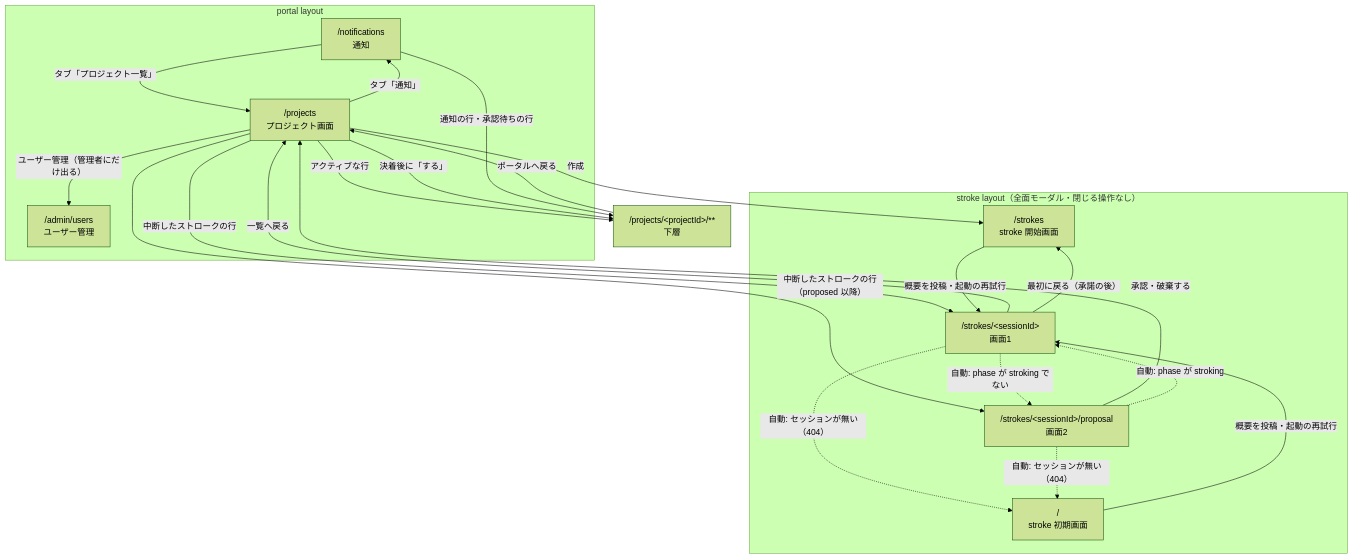
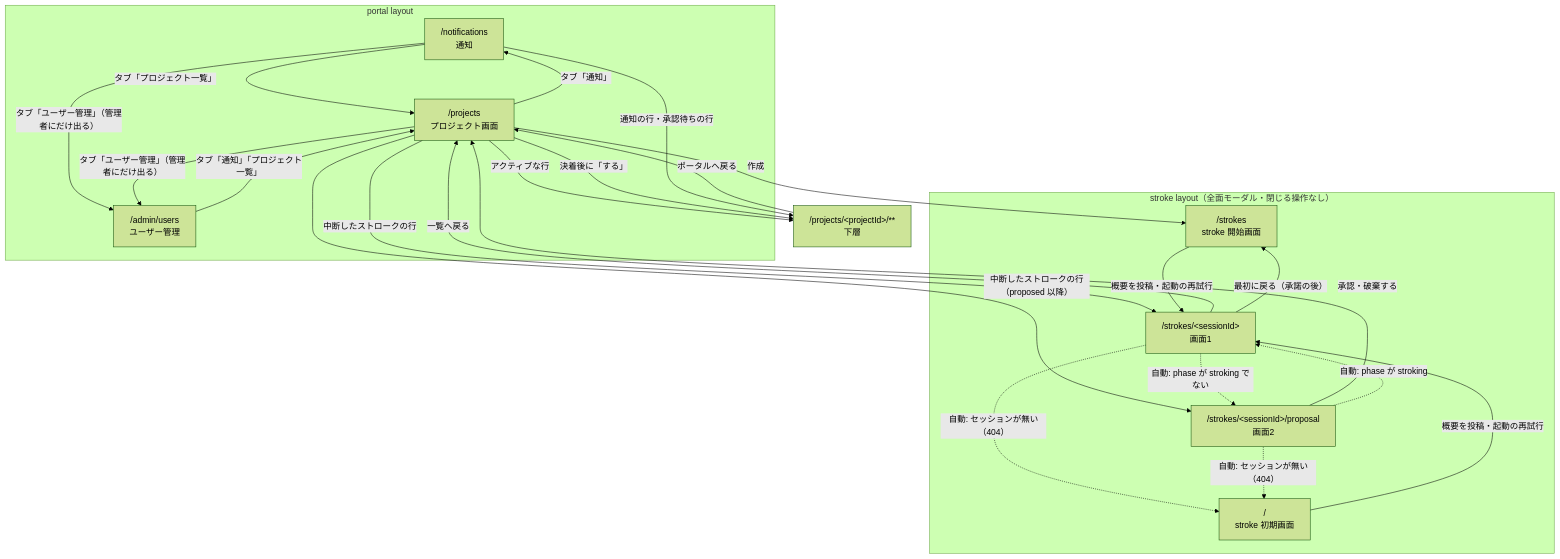
The diagram in docs/specs/architecture/screen-flow.md (grrowapp/stroke), drawn with Mermaid (forest theme) before and after one commit. The commit also changed other lines of this file and 3 other files, not shown here.

````diff
--- a/docs/specs/architecture/screen-flow.md
+++ b/docs/specs/architecture/screen-flow.md
@@ -44,39 +44,41 @@
 ```mermaid
 flowchart TB
   subgraph portal["portal layout"]
     notifications["/notifications<br>通知"]
     projects["/projects<br>プロジェクト画面"]
     admin["/admin/users<br>ユーザー管理"]
   end
 
   subgraph stroke["stroke layout（全面モーダル・閉じる操作なし）"]
     root["/<br>stroke 初期画面"]
     start["/strokes<br>stroke 開始画面"]
     s1["/strokes/&lt;sessionId&gt;<br>画面1"]
     s2["/strokes/&lt;sessionId&gt;/proposal<br>画面2"]
   end
 
   workspace["/projects/&lt;projectId&gt;/**<br>下層"]
 
   notifications -- "タブ「プロジェクト一覧」" --> projects
   projects -- "タブ「通知」" --> notifications
-  projects -- "ユーザー管理（管理者にだけ出る）" --> admin
+  notifications -- "タブ「ユーザー管理」（管理者にだけ出る）" --> admin
+  projects -- "タブ「ユーザー管理」（管理者にだけ出る）" --> admin
+  admin -- "タブ「通知」「プロジェクト一覧」" --> projects
   projects -- "作成" --> start
   projects -- "中断したストロークの行" --> s1
   projects -- "中断したストロークの行（proposed 以降）" --> s2
   projects -- "アクティブな行" --> workspace
   projects -- "決着後に「する」" --> workspace
   notifications -- "通知の行・承認待ちの行" --> workspace
   workspace -- "ポータルへ戻る" --> projects
 
   root -- "概要を投稿・起動の再試行" --> s1
   start -- "概要を投稿・起動の再試行" --> s1
   s1 -- "一覧へ戻る" --> projects
   s1 -- "最初に戻る（承諾の後）" --> start
   s2 -- "承認・破棄する" --> projects
 
   s1 -. "自動: phase が stroking でない" .-> s2
   s2 -. "自動: phase が stroking" .-> s1
   s1 -. "自動: セッションが無い（404）" .-> root
   s2 -. "自動: セッションが無い（404）" .-> root
 ```
````
